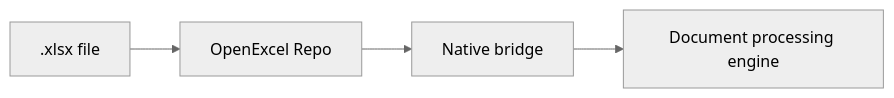
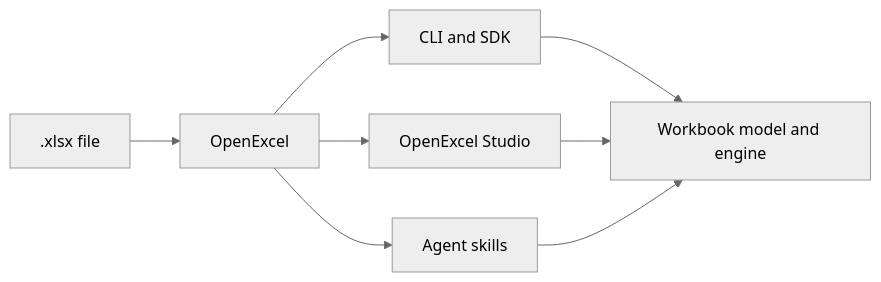
Before and after one commit to nyar-os/OpenExcel: the diagram in readme.md, drawn with Mermaid (neutral theme). The commit also changed other lines of this file and 64 other files, not shown here.

Commit message:
🚧 Scaffold the OpenExcel workbook surface

````diff
--- a/readme.md
+++ b/readme.md
@@ -13,6 +17,10 @@
 ```mermaid
 graph LR
-    A[.xlsx file] --> B[OpenExcel Repo]
-    B --> C[Native bridge]
-    C --> D[Document processing engine]
+    A[.xlsx file] --> B[OpenExcel]
+    B --> C[CLI and SDK]
+    B --> D[OpenExcel Studio]
+    B --> E[Agent skills]
+    C --> F[Workbook model and engine]
+    D --> F
+    E --> F
 ```
````
